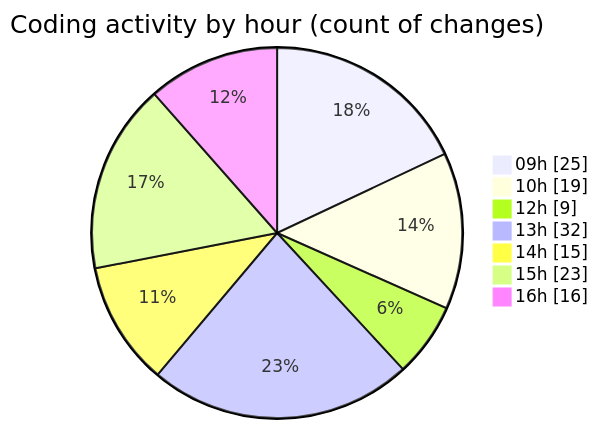
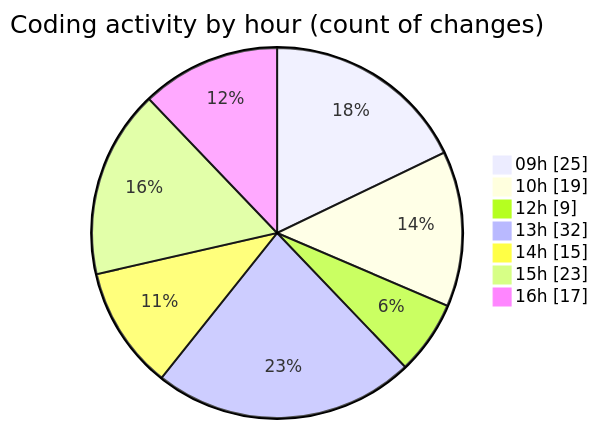
The second of 2 diagrams in 2025-08-19/cda/README.md (momahboobian/code-tracking), drawn with Mermaid before and after one commit. The commit also changed other lines of this file and 1 other file, not shown here.

````diff
--- a/2025-08-19/cda/README.md
+++ b/2025-08-19/cda/README.md
@@ -60,11 +60,11 @@
 ```mermaid
 pie showData
 title Coding activity by hour (count of changes)
 "09h" : 25
 "10h" : 19
 "12h" : 9
 "13h" : 32
 "14h" : 15
 "15h" : 23
-"16h" : 16
+"16h" : 17
 ```
````
